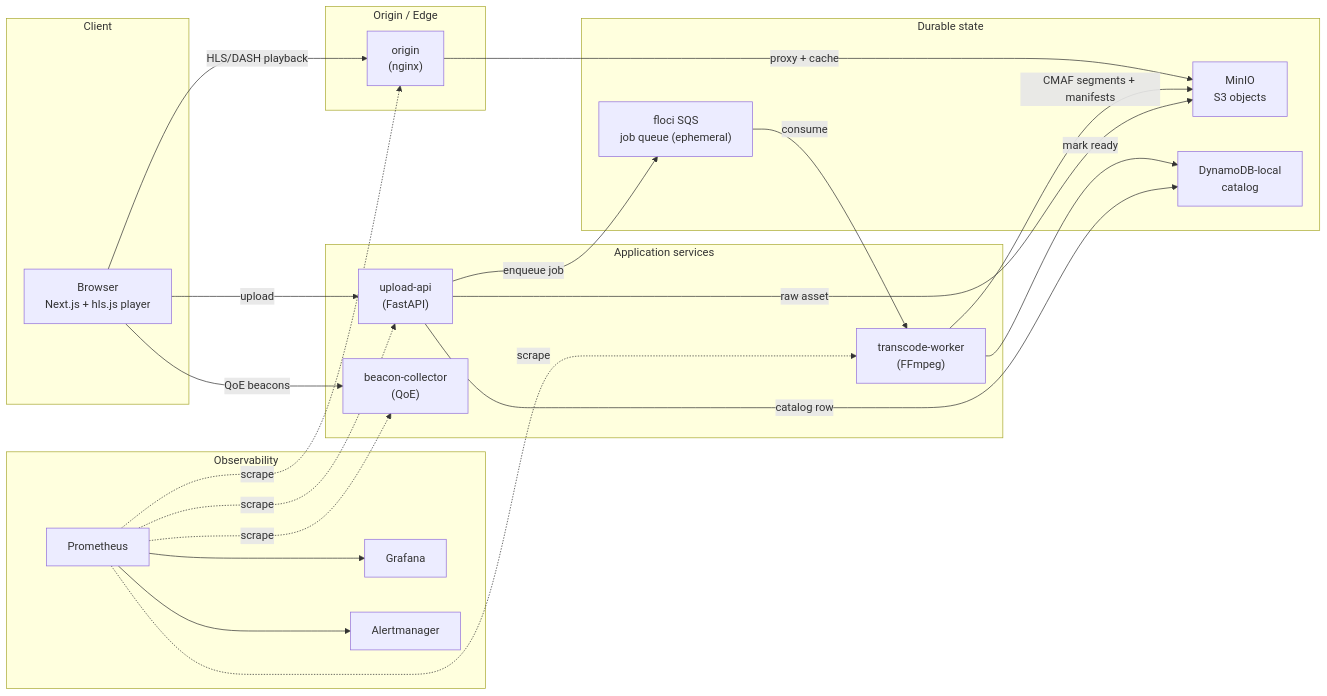
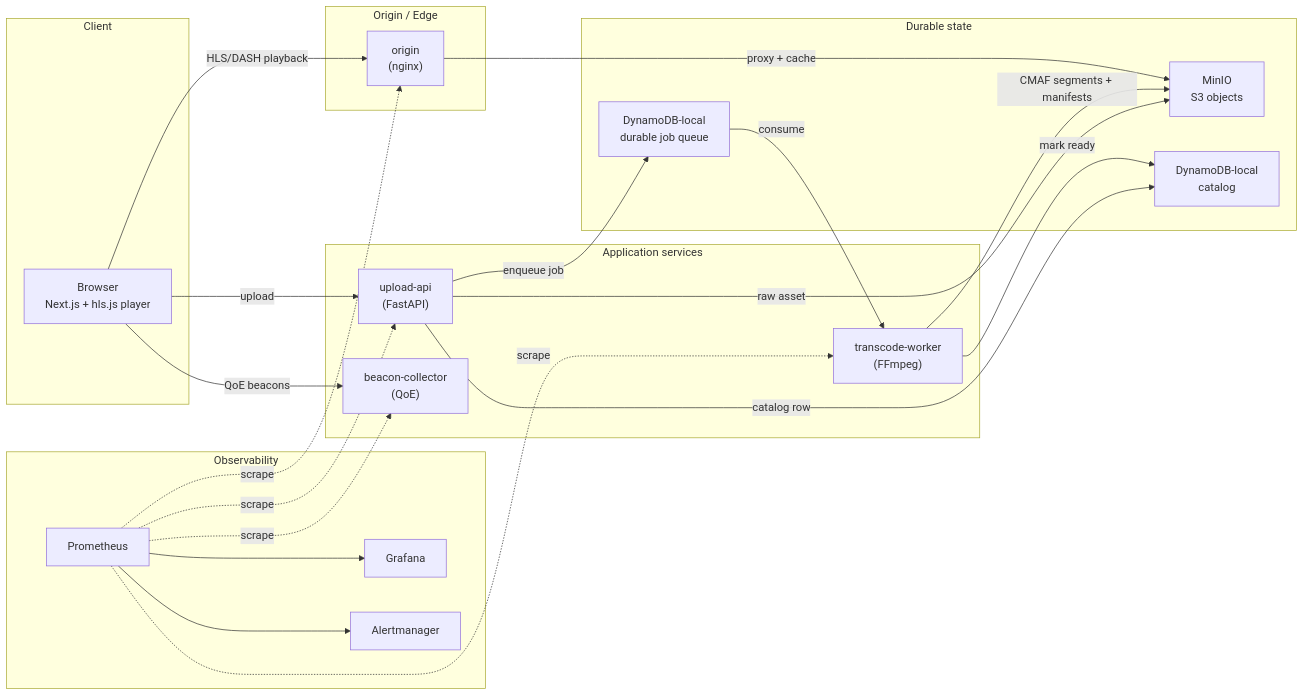
The first of 5 diagrams in README.md (ritikZ18/video-streaming-sre), drawn with Mermaid before and after one commit. The commit also changed other lines of this file, not shown here.

Commit message:
docs: document durable local queue

````diff
--- a/README.md
+++ b/README.md
@@ -93,46 +93,46 @@
 ```mermaid
 flowchart LR
     subgraph Client
       B["Browser<br/>Next.js + hls.js player"]
     end
 
     subgraph Edge["Origin / Edge"]
       O["origin<br/>(nginx)"]
     end
 
     subgraph Services["Application services"]
       UA["upload-api<br/>(FastAPI)"]
       TW["transcode-worker<br/>(FFmpeg)"]
       BC["beacon-collector<br/>(QoE)"]
     end
 
     subgraph Storage["Durable state"]
       MI["MinIO<br/>S3 objects"]
       DB["DynamoDB-local<br/>catalog"]
-      SQS["floci SQS<br/>job queue (ephemeral)"]
+      SQS["DynamoDB-local<br/>durable job queue"]
     end
 
     subgraph Obs["Observability"]
       P["Prometheus"]
       G["Grafana"]
       A["Alertmanager"]
     end
 
     B -->|"upload"| UA
     B -->|"HLS/DASH playback"| O
     B -->|"QoE beacons"| BC
 
     UA -->|"raw asset"| MI
     UA -->|"catalog row"| DB
     UA -->|"enqueue job"| SQS
 
     SQS -->|"consume"| TW
     TW -->|"CMAF segments + manifests"| MI
     TW -->|"mark ready"| DB
 
     O -->|"proxy + cache"| MI
 
     P -.scrape.-> UA & TW & O & BC
     P --> G
     P --> A
 ```
````
